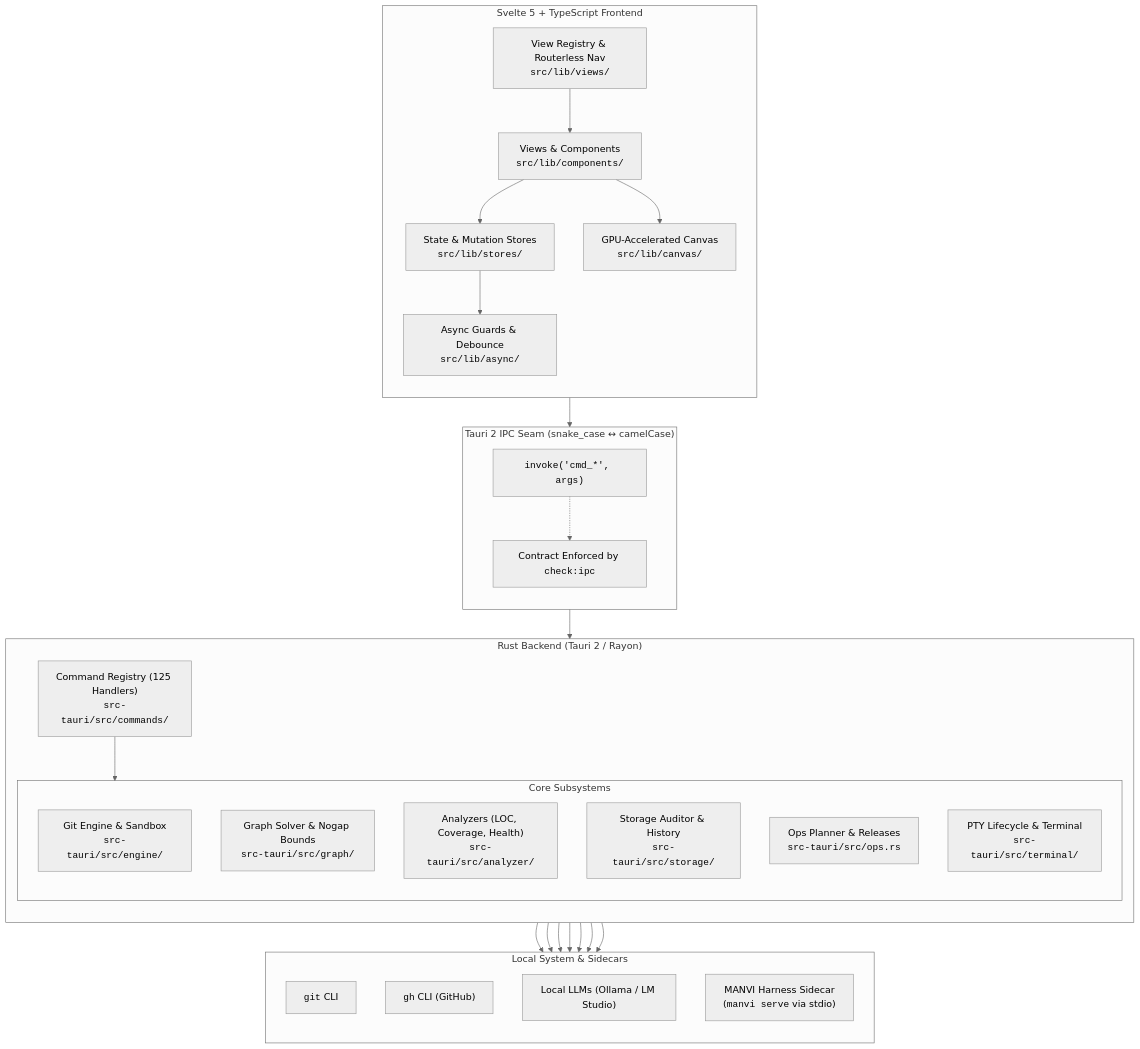
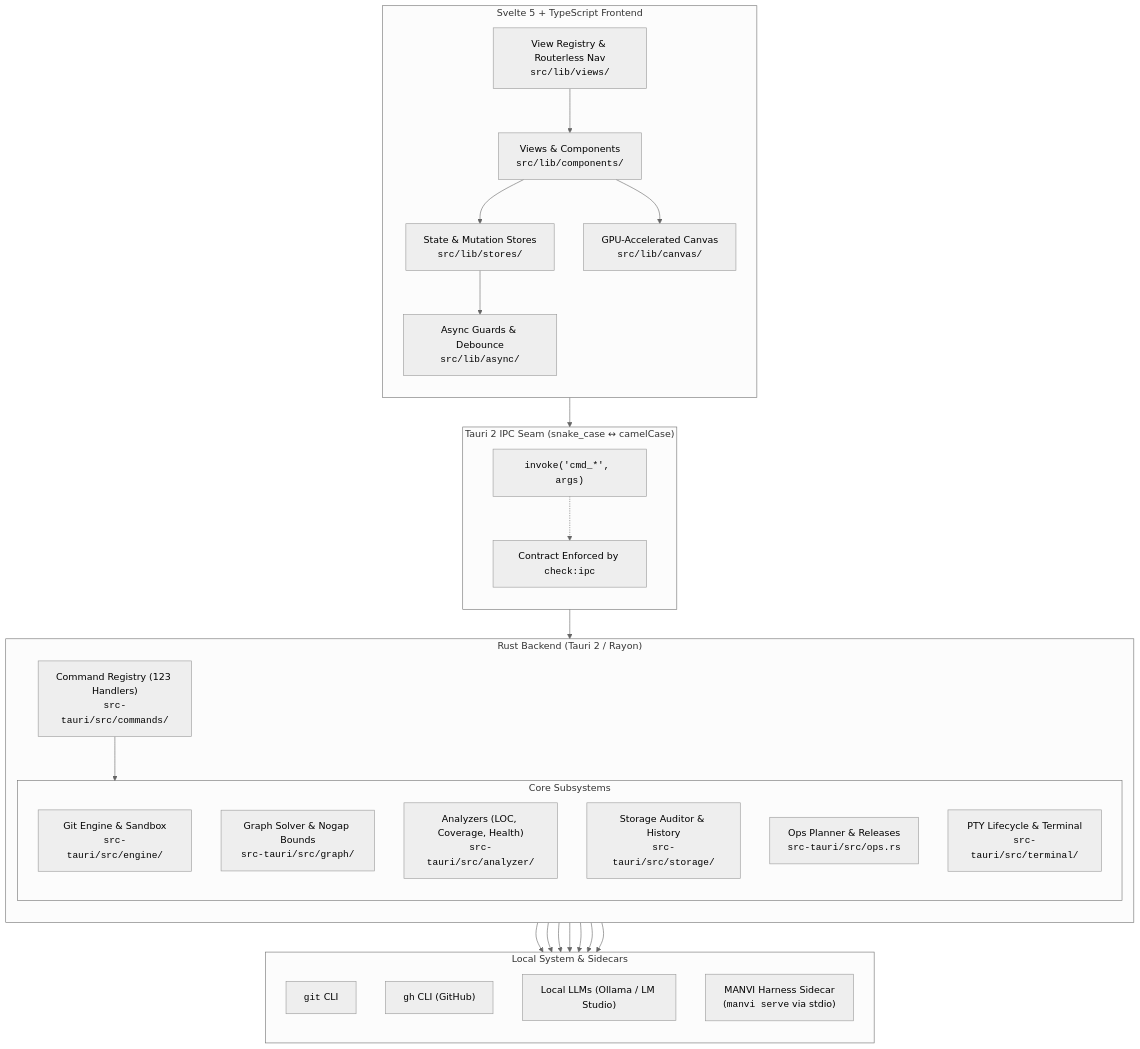
Before and after one commit to bharathvbcr/GitPulse: the first of 4 diagrams in docs/ARCHITECTURE.md, drawn with Mermaid (neutral theme). The commit also changed other lines of this file and 9 other files, not shown here.

First line of the commit message:
feat(codeintel): say whether there is a code graph, and give the dead queries a consumer

````diff
--- a/docs/ARCHITECTURE.md
+++ b/docs/ARCHITECTURE.md
@@ -5,57 +5,57 @@
 ```mermaid
 flowchart TB
     subgraph Frontend["Svelte 5 + TypeScript Frontend"]
         direction TB
         UI["Views & Components<br/><code>src/lib/components/</code>"]
         Stores["State & Mutation Stores<br/><code>src/lib/stores/</code>"]
         Registry["View Registry & Routerless Nav<br/><code>src/lib/views/</code>"]
         Canvas["GPU-Accelerated Canvas<br/><code>src/lib/canvas/</code>"]
         Async["Async Guards & Debounce<br/><code>src/lib/async/</code>"]
         
         UI --> Stores
         UI --> Canvas
         Stores --> Async
         Registry --> UI
     end
 
     subgraph IPC["Tauri 2 IPC Seam (snake_case ↔ camelCase)"]
         direction TB
         Invoke["<code>invoke('cmd_*', args)</code>"]
         ContractCheck["Contract Enforced by <code>check:ipc</code>"]
         Invoke -.-> ContractCheck
     end
 
     subgraph Backend["Rust Backend (Tauri 2 / Rayon)"]
         direction TB
-        CmdRegistry["Command Registry (125 Handlers)<br/><code>src-tauri/src/commands/</code>"]
+        CmdRegistry["Command Registry (123 Handlers)<br/><code>src-tauri/src/commands/</code>"]
         
         subgraph Subsystems["Core Subsystems"]
             GitEngine["Git Engine & Sandbox<br/><code>src-tauri/src/engine/</code>"]
             GraphSolver["Graph Solver & Nogap Bounds<br/><code>src-tauri/src/graph/</code>"]
             Analyzers["Analyzers (LOC, Coverage, Health)<br/><code>src-tauri/src/analyzer/</code>"]
             StorageAuditor["Storage Auditor & History<br/><code>src-tauri/src/storage/</code>"]
             OpsPlanner["Ops Planner & Releases<br/><code>src-tauri/src/ops.rs</code>"]
             PtyTerminal["PTY Lifecycle & Terminal<br/><code>src-tauri/src/terminal/</code>"]
         end
         
         CmdRegistry --> Subsystems
     end
 
     subgraph External["Local System & Sidecars"]
         direction TB
         LocalGit["<code>git</code> CLI"]
         LocalGh["<code>gh</code> CLI (GitHub)"]
         LocalLLM["Local LLMs (Ollama / LM Studio)"]
         ManviSidecar["MANVI Harness Sidecar<br/>(<code>manvi serve</code> via stdio)"]
     end
 
     Async --> Invoke
     Invoke --> CmdRegistry
     GitEngine --> LocalGit
     Analyzers --> LocalGit
     Analyzers --> LocalGh
     Analyzers --> LocalLLM
     OpsPlanner --> LocalGh
     OpsPlanner --> ManviSidecar
     Subsystems --> ManviSidecar
 ```
````
